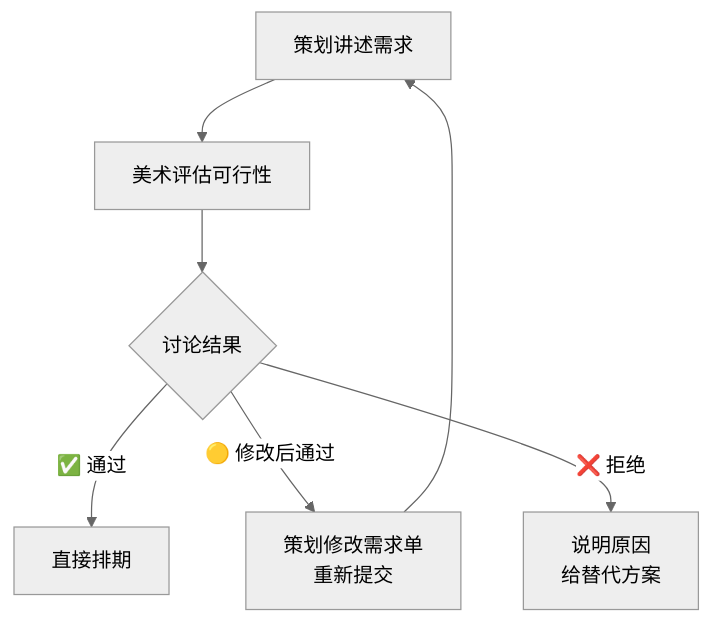
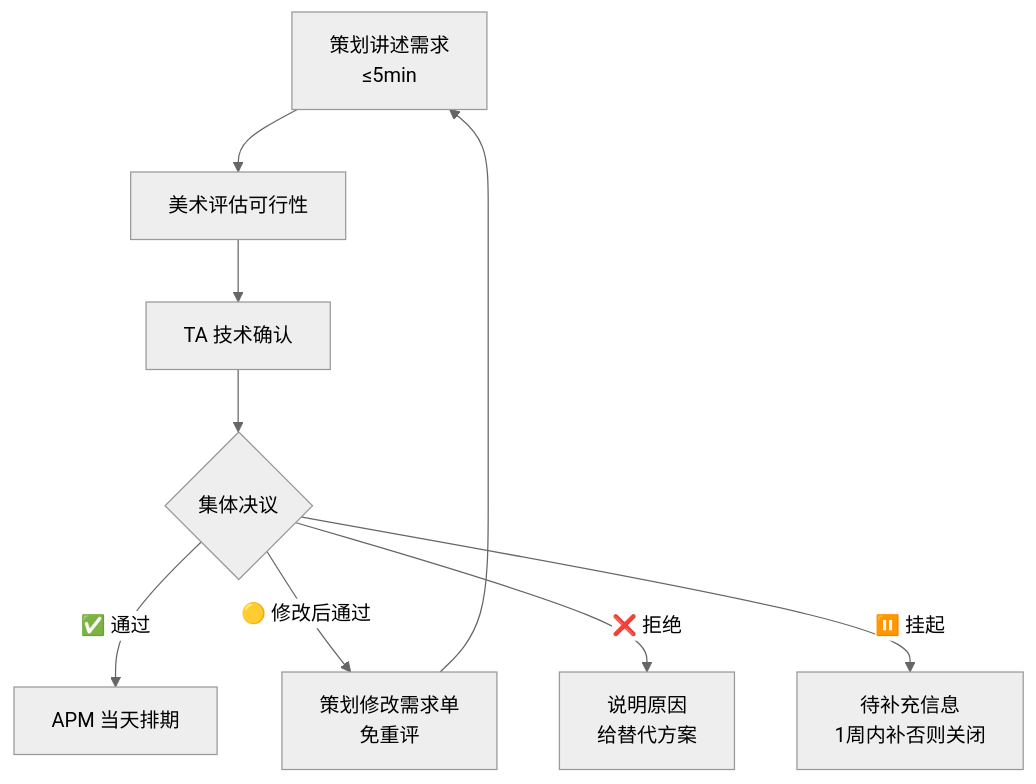
One commit to diedie23/Game-Knowledge-Base changed the second of 3 diagrams in docs/knowledge-base/art-vs-planner-req.md. Above: the diagram before and after it, drawn with Mermaid (neutral theme). The commit also changed other lines of this file and 2 other files, not shown here.

````diff
--- a/docs/knowledge-base/art-vs-planner-req.md
+++ b/docs/knowledge-base/art-vs-planner-req.md
@@ -118,9 +250,11 @@
 ```mermaid
 graph TD
-    A[策划讲述需求] --> B[美术评估可行性]
-    B --> C{讨论结果}
-    C -->|✅ 通过| D[直接排期]
-    C -->|🟡 修改后通过| E[策划修改需求单<br/>重新提交]
-    C -->|❌ 拒绝| F[说明原因<br/>给替代方案]
-    E --> A
+    A[策划讲述需求<br/>≤5min] --> B[美术评估可行性]
+    B --> C[TA 技术确认]
+    C --> D{集体决议}
+    D -->|✅ 通过| E[APM 当天排期]
+    D -->|🟡 修改后通过| F[策划修改需求单<br/>免重评]
+    D -->|❌ 拒绝| G[说明原因<br/>给替代方案]
+    D -->|⏸️ 挂起| H[待补充信息<br/>1周内补否则关闭]
+    F --> A
 ```
````
